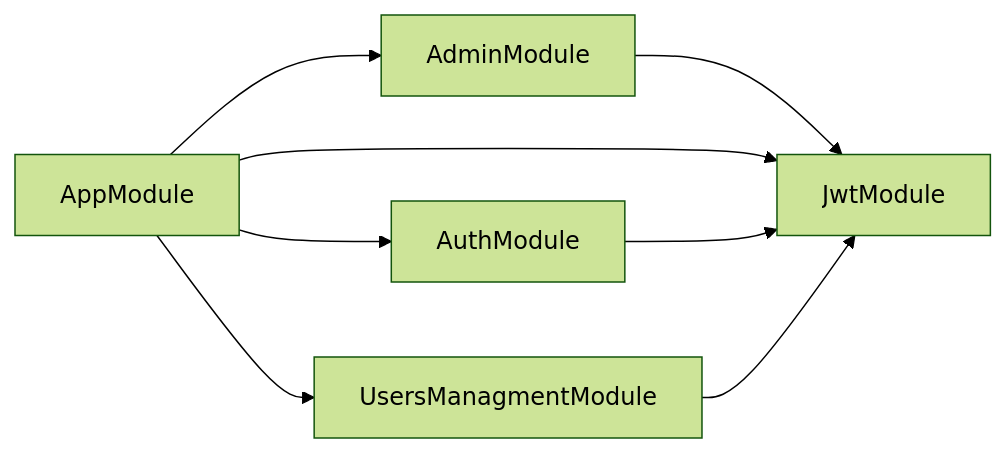
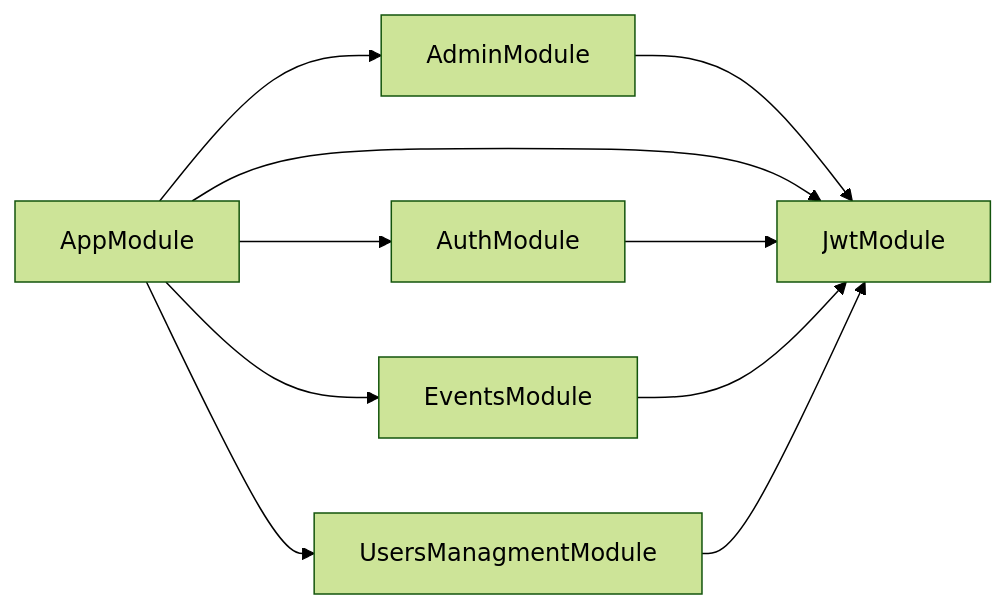
Before and after one commit to Mahmoudgalalz/crcl-service: the diagram in deps.mermaid, drawn with Mermaid (forest theme). The commit also changed 12 other files, not shown here.

```diff
--- a/deps.mermaid
+++ b/deps.mermaid
@@ -1,8 +1,10 @@
 graph LR
   AdminModule-->JwtModule
   AppModule-->AdminModule
   AppModule-->AuthModule
+  AppModule-->EventsModule
   AppModule-->JwtModule
   AppModule-->UsersManagmentModule
   AuthModule-->JwtModule
+  EventsModule-->JwtModule
   UsersManagmentModule-->JwtModule
```
